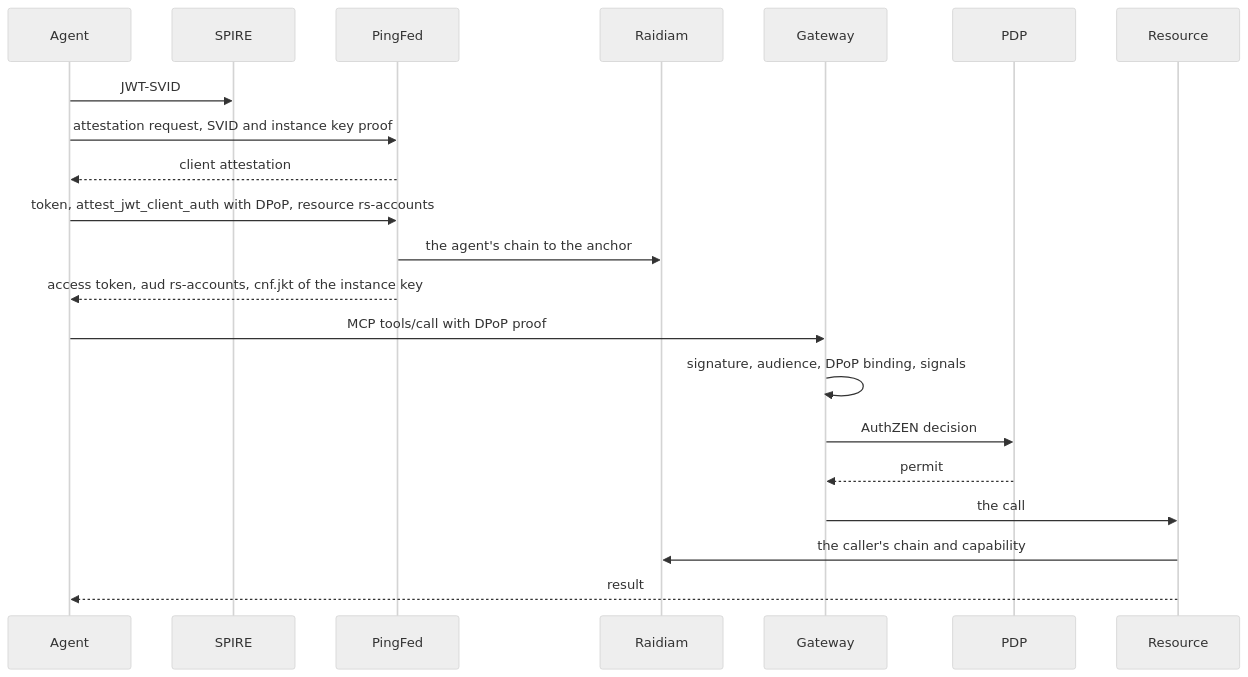
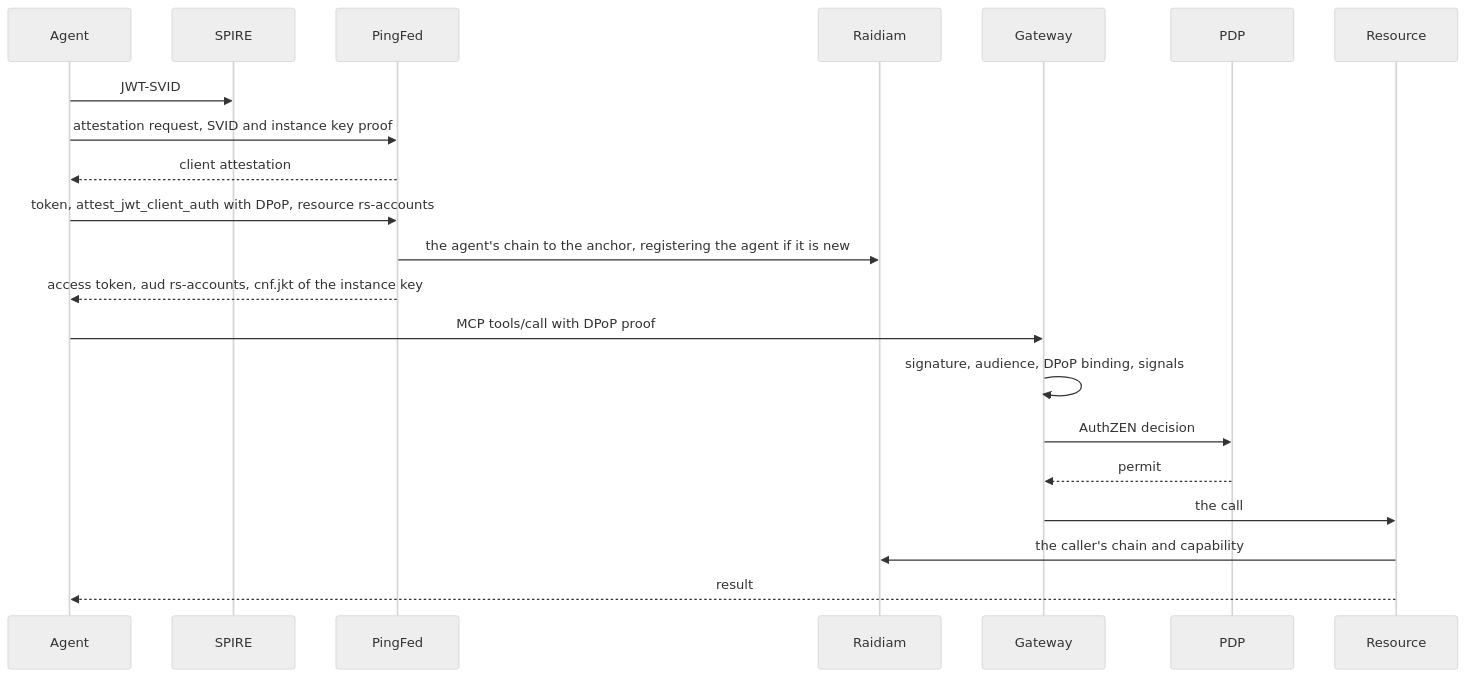
The third of 21 diagrams in demo/flows.md (MC-IDPartners/pf-agentic-identity), drawn with Mermaid (neutral theme) before and after one commit. The commit also changed other lines of this file and 8 other files, not shown here.

````diff
--- a/demo/flows.md
+++ b/demo/flows.md
@@ -106,23 +106,23 @@
 ```mermaid
 sequenceDiagram
     participant AG as Agent
     participant SP as SPIRE
     participant PF as PingFed
     participant RD as Raidiam
     participant GW as Gateway
     participant PDP as PDP
     participant RS as Resource
     AG->>SP: JWT-SVID
     AG->>PF: attestation request, SVID and instance key proof
     PF-->>AG: client attestation
     AG->>PF: token, attest_jwt_client_auth with DPoP, resource rs-accounts
-    PF->>RD: the agent's chain to the anchor
+    PF->>RD: the agent's chain to the anchor, registering the agent if it is new
     PF-->>AG: access token, aud rs-accounts, cnf.jkt of the instance key
     AG->>GW: MCP tools/call with DPoP proof
     GW->>GW: signature, audience, DPoP binding, signals
     GW->>PDP: AuthZEN decision
     PDP-->>GW: permit
     GW->>RS: the call
     RS->>RD: the caller's chain and capability
     RS-->>AG: result
 ```
````
